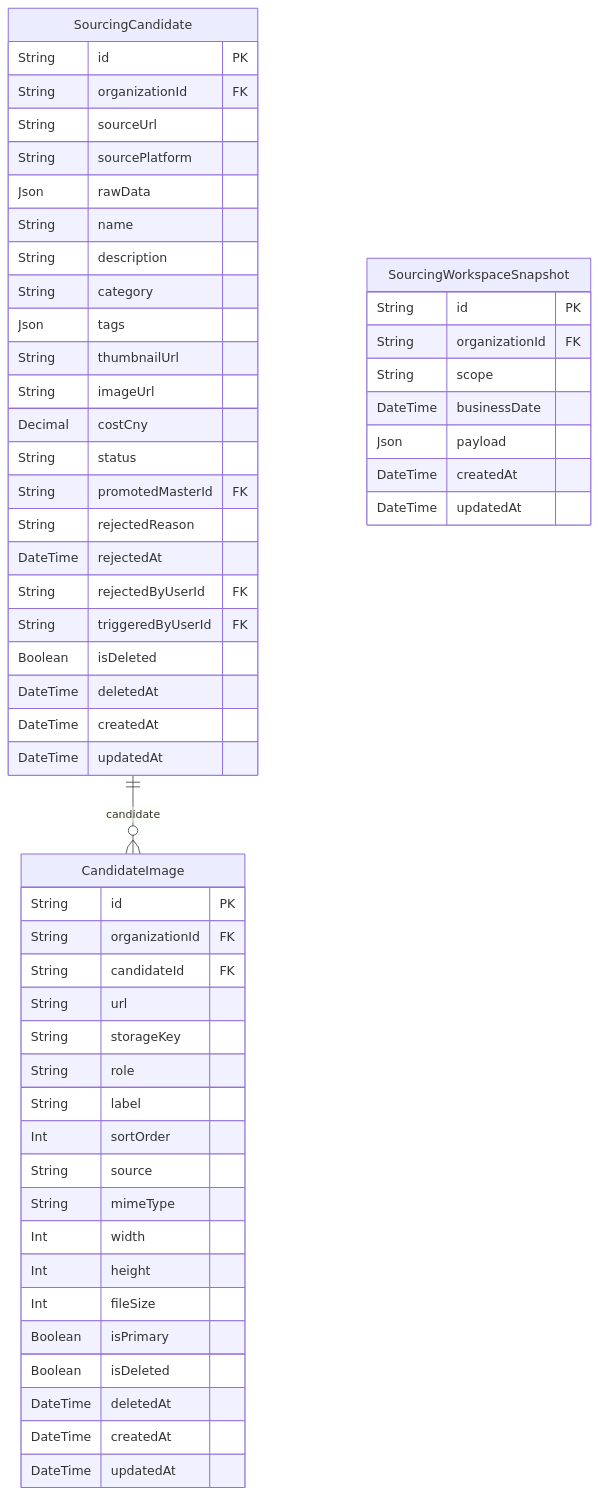
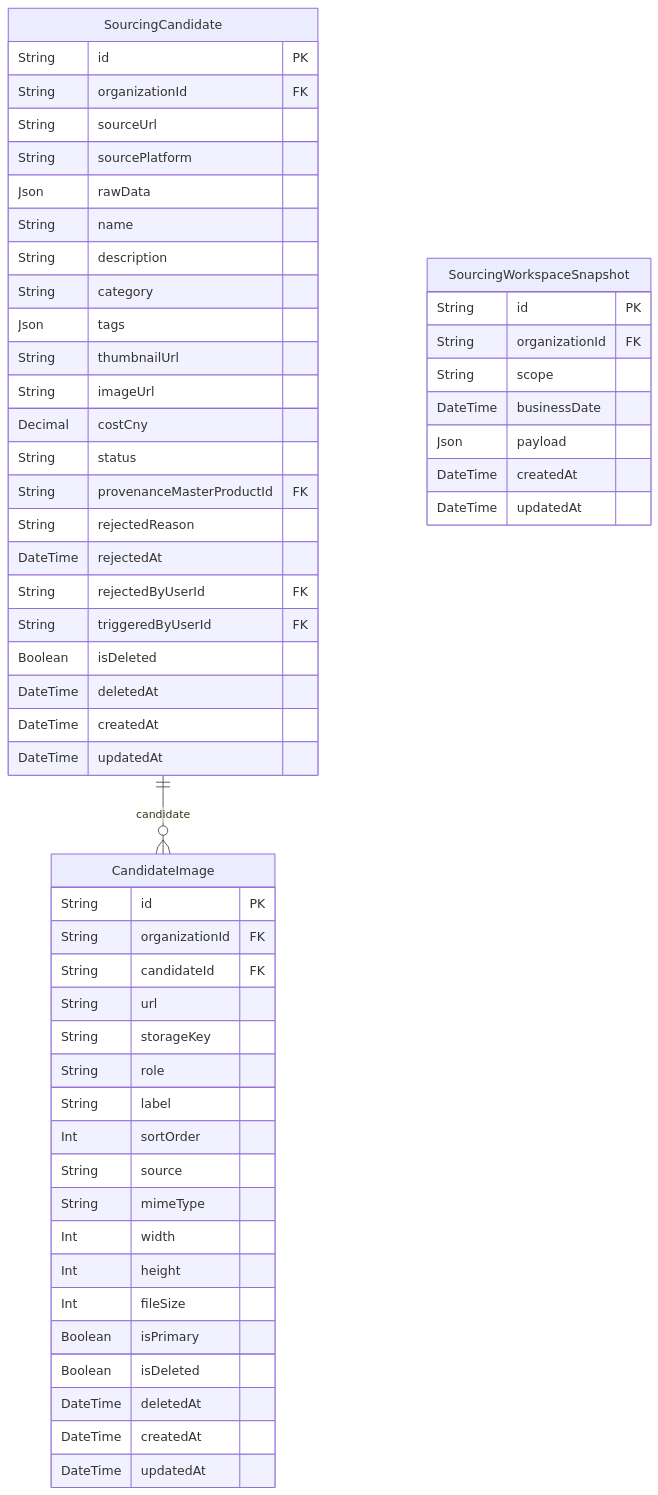
One commit to AgentFoundry-Labs/kiditem changed the diagram in docs/erd/sourcing.md. Above: the diagram before and after it, drawn with Mermaid. The commit also changed other lines of this file and 1064 other files, not shown here.

````diff
--- a/docs/erd/sourcing.md
+++ b/docs/erd/sourcing.md
@@ -18,57 +18,57 @@
 ```mermaid
 erDiagram
   CandidateImage {
     String id PK
     String organizationId FK
     String candidateId FK
     String url
     String storageKey
     String role
     String label
     Int sortOrder
     String source
     String mimeType
     Int width
     Int height
     Int fileSize
     Boolean isPrimary
     Boolean isDeleted
     DateTime deletedAt
     DateTime createdAt
     DateTime updatedAt
   }
   SourcingCandidate {
     String id PK
     String organizationId FK
     String sourceUrl
     String sourcePlatform
     Json rawData
     String name
     String description
     String category
     Json tags
     String thumbnailUrl
     String imageUrl
     Decimal costCny
     String status
-    String promotedMasterId FK
+    String provenanceMasterProductId FK
     String rejectedReason
     DateTime rejectedAt
     String rejectedByUserId FK
     String triggeredByUserId FK
     Boolean isDeleted
     DateTime deletedAt
     DateTime createdAt
     DateTime updatedAt
   }
   SourcingWorkspaceSnapshot {
     String id PK
     String organizationId FK
     String scope
     DateTime businessDate
     Json payload
     DateTime createdAt
     DateTime updatedAt
   }
   SourcingCandidate ||--o{ CandidateImage : "candidate"
 ```
````
